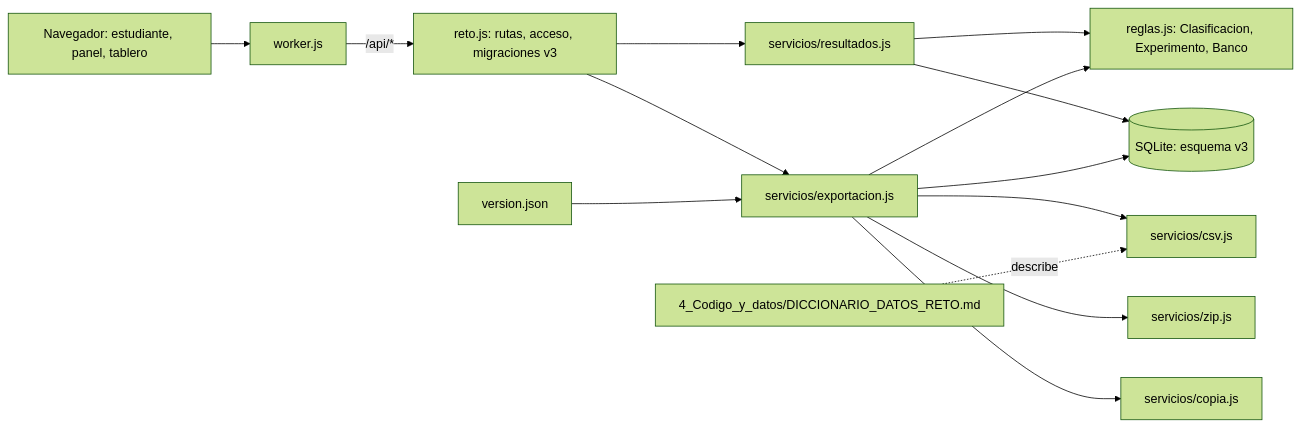
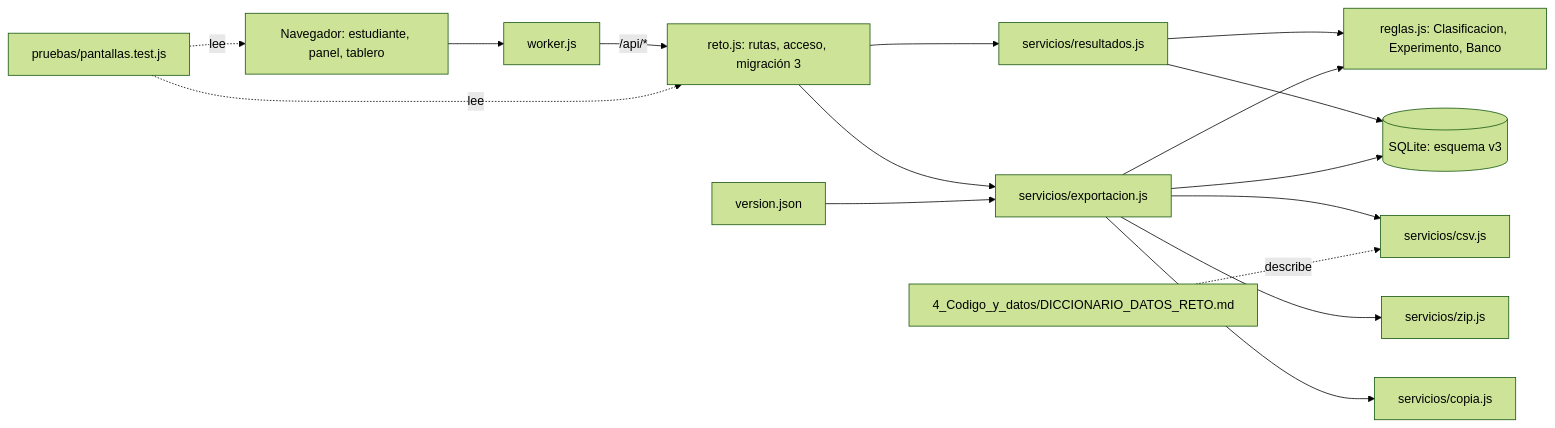
One commit to statistical-engineering/iest-sem-reto-desinformacion-colegios changed the diagram in aidlc/spaces/default/intents/261024-publicar-reto-nube/construction/u6-cloudflare-resultados/nfr-design/logical-components.md. Above: the diagram before and after it, drawn with Mermaid (forest theme). The commit also changed other lines of this file and 114 other files, not shown here.

````diff
--- a/aidlc/spaces/default/intents/261024-publicar-reto-nube/construction/u6-cloudflare-resultados/nfr-design/logical-components.md
+++ b/aidlc/spaces/default/intents/261024-publicar-reto-nube/construction/u6-cloudflare-resultados/nfr-design/logical-components.md
@@ -5,16 +9,18 @@
 ```mermaid
 graph LR
   N[Navegador: estudiante, panel, tablero] --> W[worker.js]
-  W -->|/api/*| R[reto.js: rutas, acceso, migraciones v3]
+  W -->|/api/*| R[reto.js: rutas, acceso, migración 3]
   R --> RE[servicios/resultados.js]
   R --> EXP[servicios/exportacion.js]
   EXP --> CSV[servicios/csv.js]
   EXP --> ZIP[servicios/zip.js]
   EXP --> COP[servicios/copia.js]
   RE --> G[reglas.js: Clasificacion, Experimento, Banco]
   EXP --> G
   RE --> Q[(SQLite: esquema v3)]
   EXP --> Q
   V[version.json] --> EXP
   D[4_Codigo_y_datos/DICCIONARIO_DATOS_RETO.md] -.describe.-> CSV
+  P[pruebas/pantallas.test.js] -.lee.-> R
+  P -.lee.-> N
 ```
````
